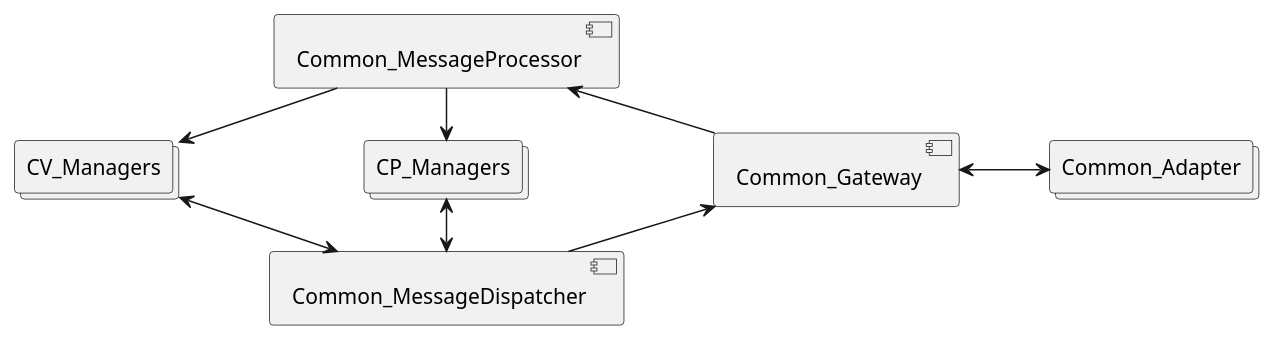
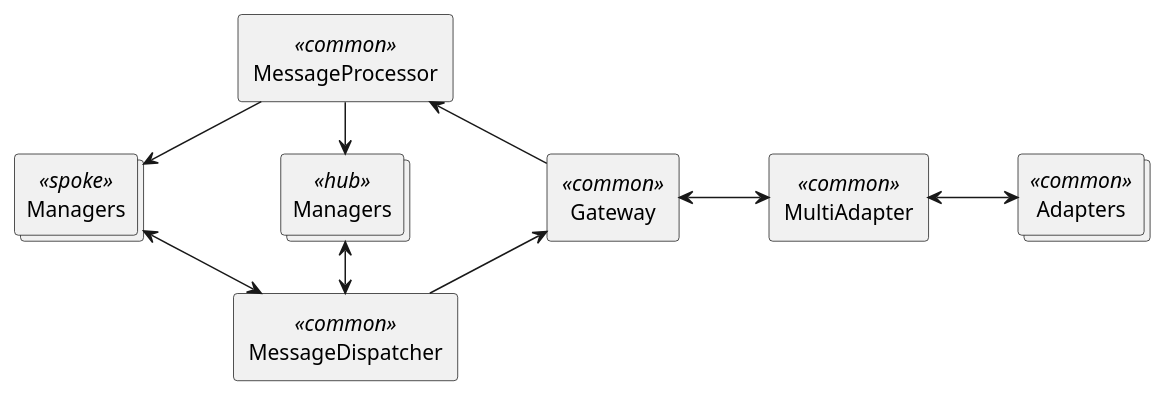
Before and after one commit to centrifuge/protocol: the diagram in docs/architecture/messaging.puml, drawn with PlantUML.

Commit message:
fix messages diagram

```diff
--- a/docs/architecture/messaging.puml
+++ b/docs/architecture/messaging.puml
@@ -1,18 +1,23 @@
 @startuml
 left to right direction
-collections Common_Adapter
-collections CP_Managers
-collections CV_Managers
+collections Adapters <<common>>
+collections HubManagers <<hub>> as "Managers"
+collections SpokeManagers <<spoke>> as "Managers"
+rectangle MessageProcessor <<common>>
+rectangle MessageDispatcher <<common>>
+rectangle Gateway <<common>>
+rectangle MultiAdapter <<common>>
 
-[CP_Managers] <-left- [Common_MessageProcessor]
-[CP_Managers] <-right-> [Common_MessageDispatcher]
+HubManagers <-left- MessageProcessor
+HubManagers <-right-> MessageDispatcher
 
-[CV_Managers] <-- [Common_MessageProcessor]
-[CV_Managers] <--> [Common_MessageDispatcher]
+SpokeManagers <-- MessageProcessor
+SpokeManagers <--> MessageDispatcher
 
-[Common_MessageProcessor] <-down- [Common_Gateway]
-[Common_MessageDispatcher] -down-> [Common_Gateway]
+MessageProcessor <-down- Gateway
+MessageDispatcher -down-> Gateway
 
-[Common_Gateway] <-down-> Common_Adapter
+Gateway <-down-> MultiAdapter
+MultiAdapter <-down-> Adapters
 
 @enduml
```
